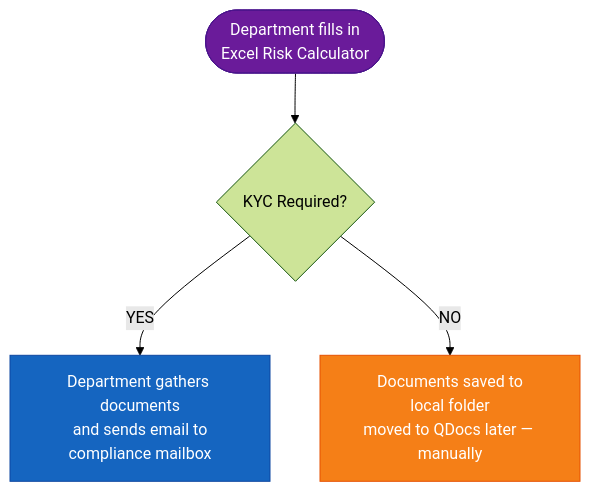
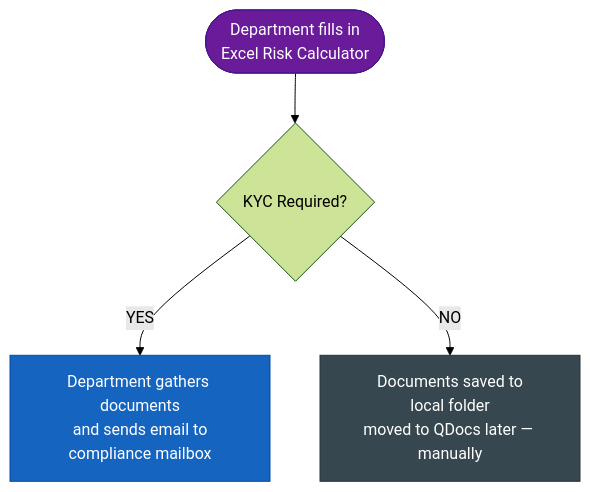
The first of 4 diagrams in docs/V2_BUS_AsIs_Process.md (mazharr-hussain/KycReport), drawn with Mermaid (forest theme) before and after one commit. The commit also changed other lines of this file and 7 other files, not shown here.

First line of the commit message:
Fix low-contrast diagram colours — replace amber with dark slate

````diff
--- a/docs/V2_BUS_AsIs_Process.md
+++ b/docs/V2_BUS_AsIs_Process.md
@@ -45,10 +45,10 @@
 ```mermaid
 flowchart TD
     EXCEL([Department fills in\nExcel Risk Calculator]) --> Q{KYC Required?}
     Q -->|YES| DOCS[Department gathers documents\nand sends email to\ncompliance mailbox]
     Q -->|NO| LOCAL[Documents saved to\nlocal folder\nmoved to QDocs later — manually]
 
     style DOCS fill:#1565C0,color:#fff,stroke:#0D47A1
-    style LOCAL fill:#F57F17,color:#fff,stroke:#E65100
+    style LOCAL fill:#37474F,color:#fff,stroke:#263238
     style EXCEL fill:#6A1B9A,color:#fff,stroke:#4A148C
 ```
````
